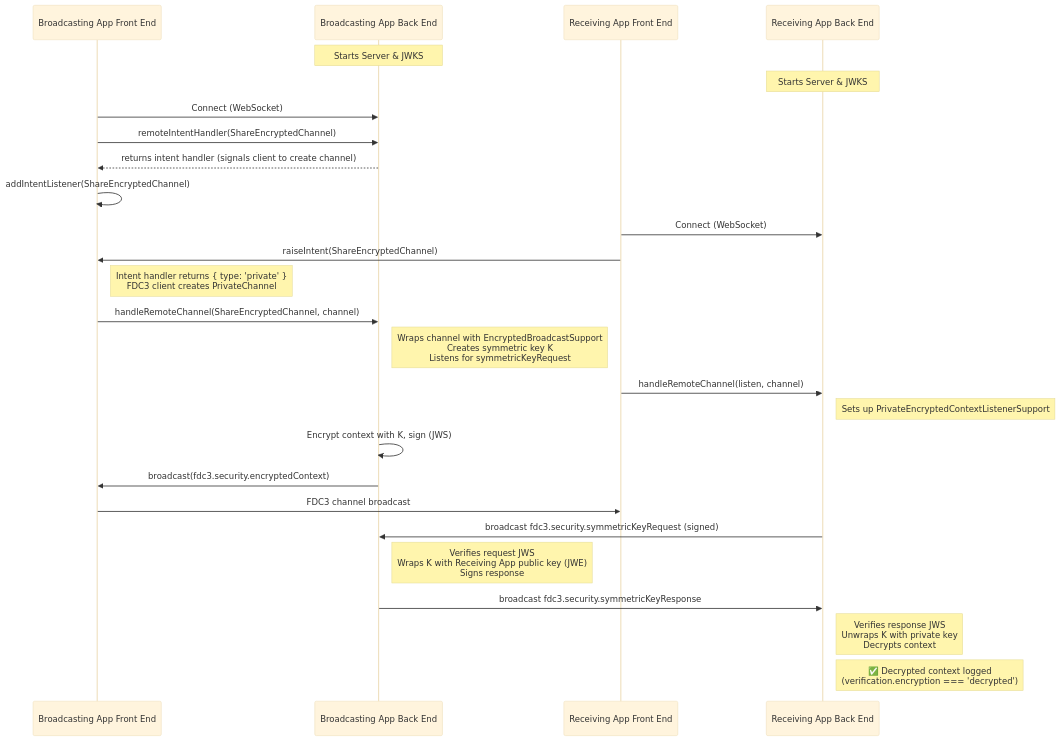
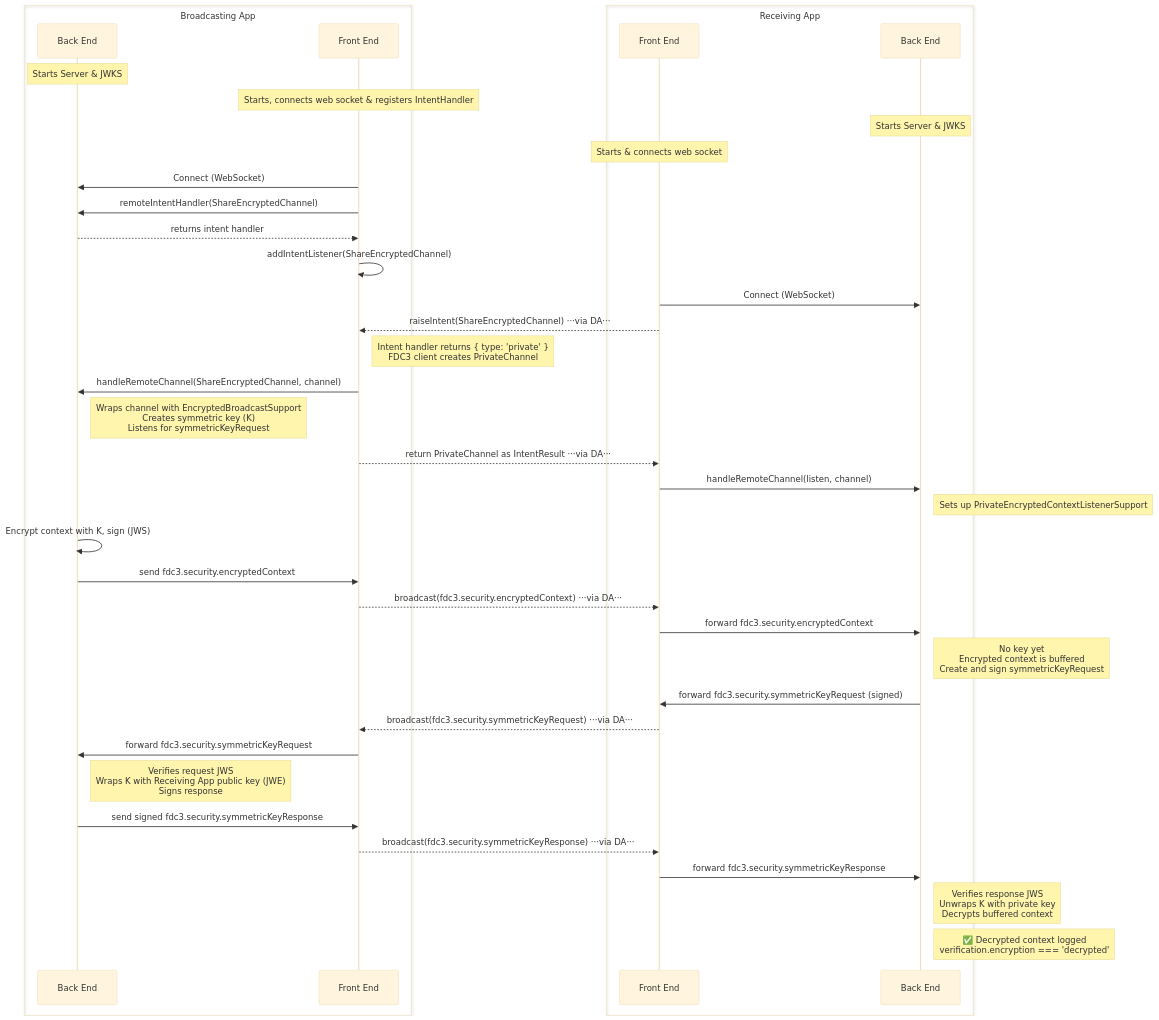
One commit to finos/FDC3 changed the first of 5 diagrams in packages/fdc3-security/samples/README.md. Above: the diagram before and after it, drawn with Mermaid (base theme). The commit also changed other lines of this file, not shown here.

Commit message:
Correcting the Backend Encrypted Channel Example diagram in the fdc3-security samples readme

````diff
--- a/packages/fdc3-security/samples/README.md
+++ b/packages/fdc3-security/samples/README.md
@@ -34,35 +34,48 @@
 ```mermaid
 sequenceDiagram
-    participant BFE as Broadcasting App Front End
-    participant BBE as Broadcasting App Back End
-    participant RFE as Receiving App Front End
-    participant RBE as Receiving App Back End
+    box Broadcasting App
+        participant BBE as Back End
+        participant BFE as Front End
+    end
+    box Receiving App
+        participant RFE as Front End
+        participant RBE as Back End
+    end
 
     Note over BBE: Starts Server & JWKS
+    Note over BFE: Starts, connects web socket & registers IntentHandler
     Note over RBE: Starts Server & JWKS
-
+    Note over RFE: Starts & connects web socket
+    
     BFE->>BBE: Connect (WebSocket)
     BFE->>BBE: remoteIntentHandler(ShareEncryptedChannel)
-    BBE-->>BFE: returns intent handler (signals client to create channel)
+    BBE-->>BFE: returns intent handler
     BFE->>BFE: addIntentListener(ShareEncryptedChannel)
 
     RFE->>RBE: Connect (WebSocket)
-    RFE->>BFE: raiseIntent(ShareEncryptedChannel)
+    RFE-->>BFE: raiseIntent(ShareEncryptedChannel) ···via DA···
     Note right of BFE: Intent handler returns { type: 'private' }<br/>FDC3 client creates PrivateChannel
-
     BFE->>BBE: handleRemoteChannel(ShareEncryptedChannel, channel)
-    Note right of BBE: Wraps channel with EncryptedBroadcastSupport<br/>Creates symmetric key K<br/>Listens for symmetricKeyRequest
+    Note right of BBE: Wraps channel with EncryptedBroadcastSupport<br/>Creates symmetric key (K)<br/>Listens for symmetricKeyRequest
+    BFE-->>RFE: return PrivateChannel as IntentResult ···via DA···
 
     RFE->>RBE: handleRemoteChannel(listen, channel)
     Note right of RBE: Sets up PrivateEncryptedContextListenerSupport
 
     BBE->>BBE: Encrypt context with K, sign (JWS)
-    BBE->>BFE: broadcast(fdc3.security.encryptedContext)
-    BFE->>RFE: FDC3 channel broadcast
+    BBE->>BFE: send fdc3.security.encryptedContext
+    BFE-->>RFE: broadcast(fdc3.security.encryptedContext) ···via DA···
+    RFE->>RBE: forward fdc3.security.encryptedContext
+    Note right of RBE: No key yet<br/>Encrypted context is buffered<br/>Create and sign symmetricKeyRequest
 
-    RBE->>BBE: broadcast fdc3.security.symmetricKeyRequest (signed)
+    RBE->>RFE: forward fdc3.security.symmetricKeyRequest (signed)
+    RFE-->>BFE: broadcast(fdc3.security.symmetricKeyRequest) ···via DA···
+    BFE->>BBE: forward fdc3.security.symmetricKeyRequest
     Note right of BBE: Verifies request JWS<br/>Wraps K with Receiving App public key (JWE)<br/>Signs response
-    BBE->>RBE: broadcast fdc3.security.symmetricKeyResponse
-    Note right of RBE: Verifies response JWS<br/>Unwraps K with private key<br/>Decrypts context
-    Note right of RBE: ✅ Decrypted context logged<br/>(verification.encryption === 'decrypted')
+    BBE->>BFE: send signed fdc3.security.symmetricKeyResponse
+    BFE-->>RFE: broadcast(fdc3.security.symmetricKeyResponse) ···via DA···
+    RFE->>RBE: forward fdc3.security.symmetricKeyResponse
+    Note right of RBE: Verifies response JWS<br/>Unwraps K with private key<br/>Decrypts buffered context
+
+    Note right of RBE: ✅ Decrypted context logged<br/>verification.encryption === 'decrypted'
 ```
````
